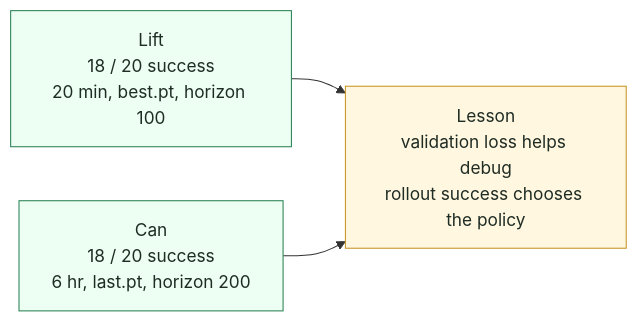
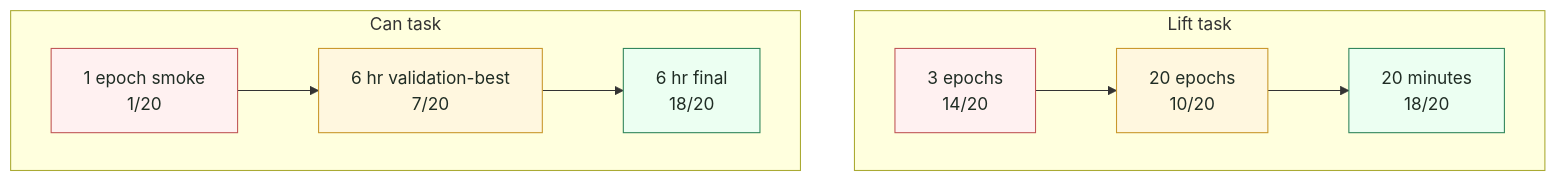
One commit to danhussey/act_implementation changed the second of 2 diagrams in README.md. Above: the diagram before and after it, drawn with Mermaid. The commit also changed other lines of this file and 5 other files, not shown here.

````diff
--- a/README.md
+++ b/README.md
@@ -63,15 +72,26 @@
 ```mermaid
-flowchart LR
-    lift["Lift<br/>18 / 20 success<br/>20 min, best.pt, horizon 100"]
-    can["Can<br/>18 / 20 success<br/>6 hr, last.pt, horizon 200"]
-    lesson["Lesson<br/>validation loss helps debug<br/>rollout success chooses the policy"]
+flowchart TD
+    subgraph liftTask["Lift task"]
+        direction LR
+        liftEarly["3 epochs<br/>14/20"]
+        liftMid["20 epochs<br/>10/20"]
+        liftLong["20 minutes<br/>18/20"]
+        liftEarly --> liftMid --> liftLong
+    end
 
-    lift --> lesson
-    can --> lesson
+    subgraph canTask["Can task"]
+        direction LR
+        canSmoke["1 epoch smoke<br/>1/20"]
+        canBest["6 hr validation-best<br/>7/20"]
+        canLast["6 hr final<br/>18/20"]
+        canSmoke --> canBest --> canLast
+    end
 
-    classDef result fill:#ecfff2,stroke:#2f855a,color:#1f2c24
-    classDef insight fill:#fff7df,stroke:#c9972b,color:#1f2c24
+    classDef weak fill:#fff1f1,stroke:#c05656,color:#1f2c24
+    classDef mid fill:#fff7df,stroke:#c9972b,color:#1f2c24
+    classDef strong fill:#ecfff2,stroke:#2f855a,color:#1f2c24
 
-    class lift,can result
-    class lesson insight
+    class liftEarly,canSmoke weak
+    class liftMid,canBest mid
+    class liftLong,canLast strong
 ```
````
